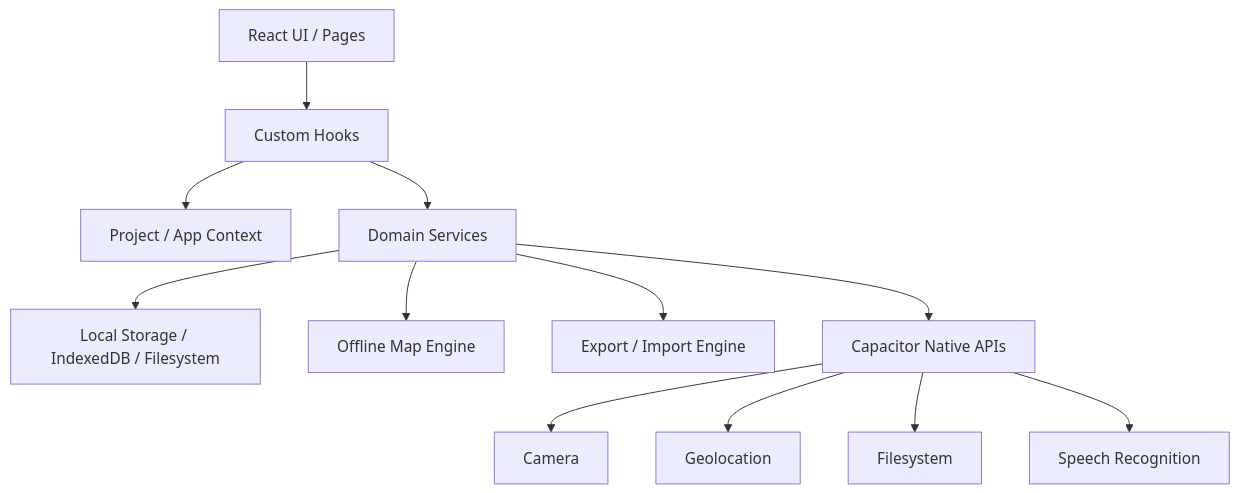
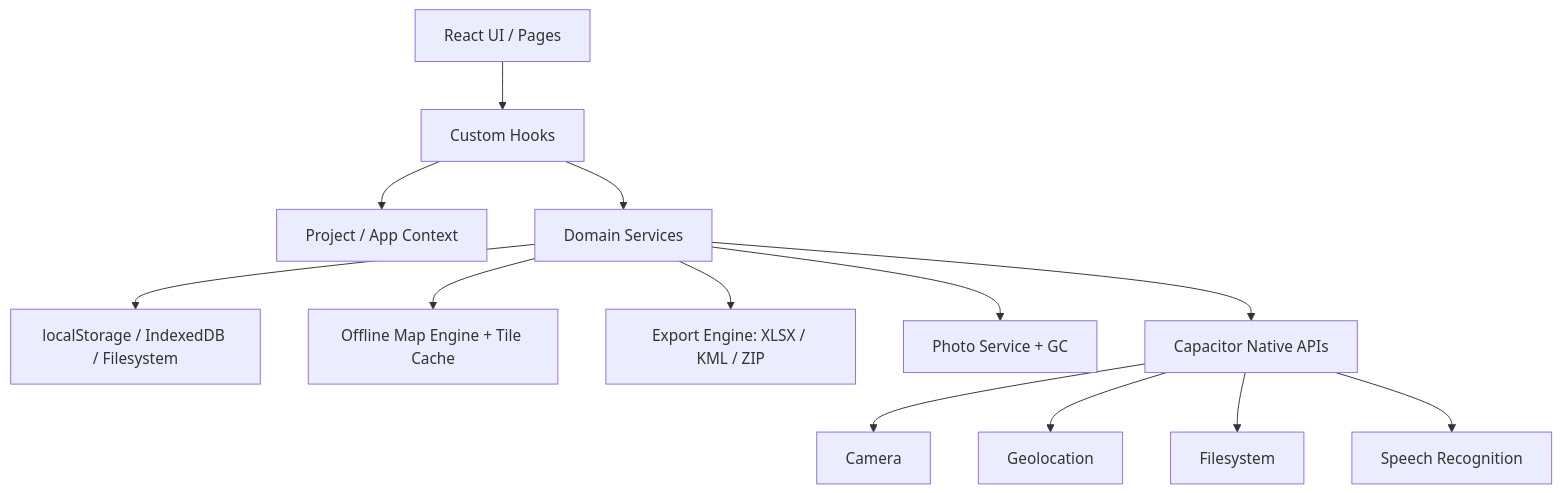
Before and after one commit to UMaRzHaN/leak-tracking: the first of 2 diagrams in README.md, drawn with Mermaid. The commit also changed other lines of this file and 10 other files, not shown here.

````diff
--- a/README.md
+++ b/README.md
@@ -217,16 +230,17 @@
 ```mermaid
 flowchart TD
     UI[React UI / Pages] --> Hooks[Custom Hooks]
     Hooks --> Context[Project / App Context]
     Hooks --> Services[Domain Services]
 
-    Services --> Storage[Local Storage / IndexedDB / Filesystem]
-    Services --> Maps[Offline Map Engine]
-    Services --> Export[Export / Import Engine]
+    Services --> Storage[localStorage / IndexedDB / Filesystem]
+    Services --> Maps[Offline Map Engine + Tile Cache]
+    Services --> Export[Export Engine: XLSX / KML / ZIP]
+    Services --> Photo[Photo Service + GC]
     Services --> Native[Capacitor Native APIs]
 
     Native --> Camera[Camera]
     Native --> Geo[Geolocation]
     Native --> FS[Filesystem]
     Native --> Speech[Speech Recognition]
 ```
````
